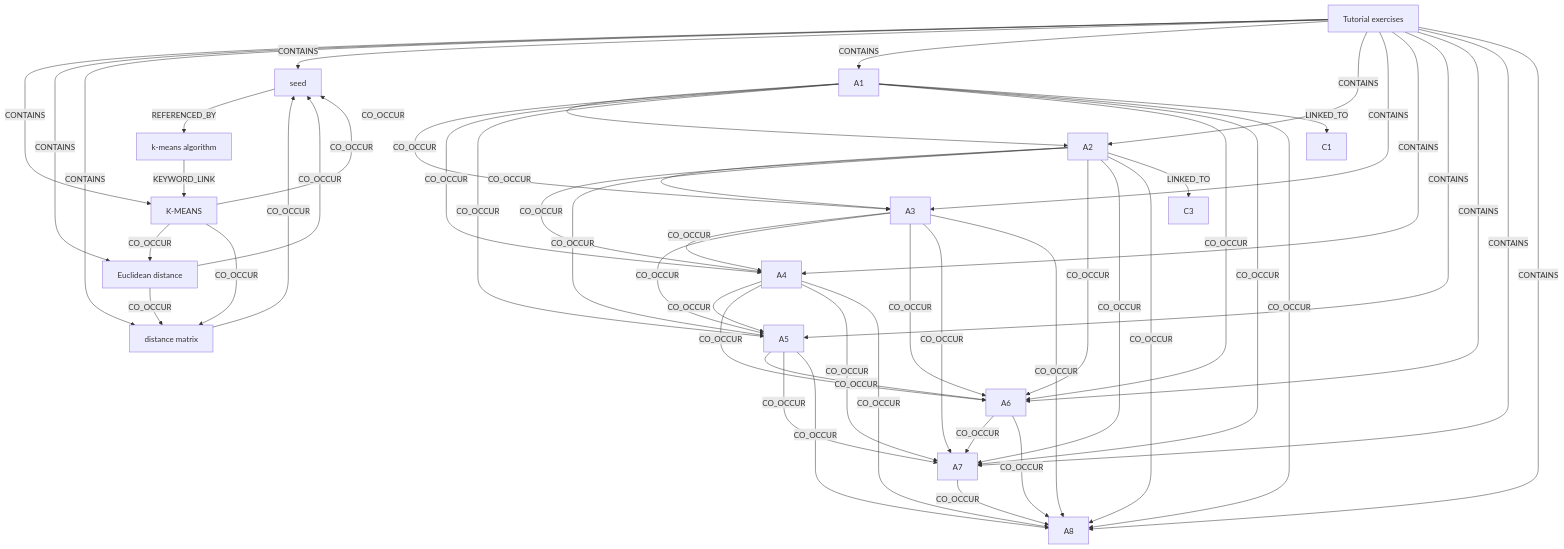
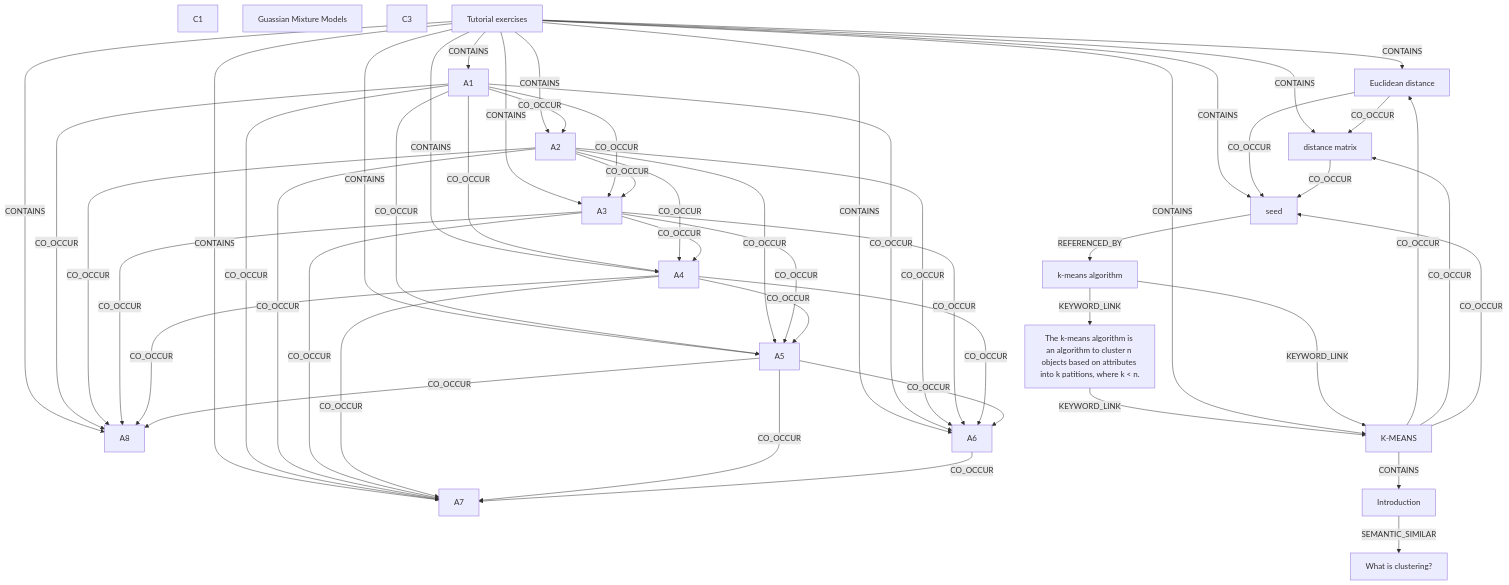
Before and after one commit to ankit-sengupta05/cyborg: the diagram in AI_OS/Ontology/Ontology_Clustering.md, drawn with Mermaid. The commit also changed other lines of this file and 12 other files, not shown here.

````diff
--- a/AI_OS/Ontology/Ontology_Clustering.md
+++ b/AI_OS/Ontology/Ontology_Clustering.md
@@ -26,69 +26,73 @@
 ```mermaid
 graph TD
-    n0["A5"]
-    n1["C3"]
-    n2["C1"]
-    n3["A3"]
+    n0["C1"]
+    n1["What is clustering?"]
+    n2["Euclidean distance"]
+    n3["A8"]
     n4["A7"]
-    n5["seed"]
-    n6["A4"]
-    n7["A8"]
-    n8["K-MEANS"]
-    n9["A6"]
-    n10["Euclidean distance"]
-    n11["k-means algorithm"]
-    n12["A2"]
-    n13["distance matrix"]
-    n14["Tutorial exercises"]
-    n15["A1"]
-    n14 -->|CONTAINS| n8
-    n14 -->|CONTAINS| n10
-    n14 -->|CONTAINS| n13
-    n14 -->|CONTAINS| n5
-    n8 -->|CO_OCCUR| n10
-    n8 -->|CO_OCCUR| n13
-    n8 -->|CO_OCCUR| n5
-    n10 -->|CO_OCCUR| n13
-    n10 -->|CO_OCCUR| n5
-    n13 -->|CO_OCCUR| n5
-    n11 -->|KEYWORD_LINK| n8
-    n5 -->|REFERENCED_BY| n11
-    n14 -->|CONTAINS| n15
-    n14 -->|CONTAINS| n12
-    n14 -->|CONTAINS| n3
-    n14 -->|CONTAINS| n6
-    n14 -->|CONTAINS| n0
-    n14 -->|CONTAINS| n9
-    n14 -->|CONTAINS| n4
-    n14 -->|CONTAINS| n7
-    n15 -->|CO_OCCUR| n12
-    n15 -->|CO_OCCUR| n3
-    n15 -->|CO_OCCUR| n6
-    n15 -->|CO_OCCUR| n0
-    n15 -->|CO_OCCUR| n9
-    n15 -->|CO_OCCUR| n4
-    n15 -->|CO_OCCUR| n7
-    n12 -->|CO_OCCUR| n3
-    n12 -->|CO_OCCUR| n6
-    n12 -->|CO_OCCUR| n0
-    n12 -->|CO_OCCUR| n9
-    n12 -->|CO_OCCUR| n4
-    n12 -->|CO_OCCUR| n7
-    n3 -->|CO_OCCUR| n6
-    n3 -->|CO_OCCUR| n0
-    n3 -->|CO_OCCUR| n9
-    n3 -->|CO_OCCUR| n4
-    n3 -->|CO_OCCUR| n7
-    n6 -->|CO_OCCUR| n0
+    n5["Guassian Mixture Models"]
+    n6["A1"]
+    n7["A3"]
+    n8["A6"]
+    n9["A2"]
+    n10["k-means algorithm"]
+    n11["C3"]
+    n12["Introduction"]
+    n13["K-MEANS"]
+    n14["distance matrix"]
+    n15["Tutorial exercises"]
+    n16["The k-means algorithm is an algorithm to cluster n objects based on attributes into k patitions, where k < n."]
+    n17["A4"]
+    n18["A5"]
+    n19["seed"]
+    n13 -->|CONTAINS| n12
+    n12 -->|SEMANTIC_SIMILAR| n1
+    n16 -->|KEYWORD_LINK| n13
+    n15 -->|CONTAINS| n13
+    n15 -->|CONTAINS| n2
+    n15 -->|CONTAINS| n14
+    n15 -->|CONTAINS| n19
+    n13 -->|CO_OCCUR| n2
+    n13 -->|CO_OCCUR| n14
+    n13 -->|CO_OCCUR| n19
+    n2 -->|CO_OCCUR| n14
+    n2 -->|CO_OCCUR| n19
+    n14 -->|CO_OCCUR| n19
+    n10 -->|KEYWORD_LINK| n13
+    n10 -->|KEYWORD_LINK| n16
+    n19 -->|REFERENCED_BY| n10
+    n15 -->|CONTAINS| n6
+    n15 -->|CONTAINS| n9
+    n15 -->|CONTAINS| n7
+    n15 -->|CONTAINS| n17
+    n15 -->|CONTAINS| n18
+    n15 -->|CONTAINS| n8
+    n15 -->|CONTAINS| n4
+    n15 -->|CONTAINS| n3
     n6 -->|CO_OCCUR| n9
+    n6 -->|CO_OCCUR| n7
+    n6 -->|CO_OCCUR| n17
+    n6 -->|CO_OCCUR| n18
+    n6 -->|CO_OCCUR| n8
     n6 -->|CO_OCCUR| n4
-    n6 -->|CO_OCCUR| n7
-    n0 -->|CO_OCCUR| n9
-    n0 -->|CO_OCCUR| n4
-    n0 -->|CO_OCCUR| n7
+    n6 -->|CO_OCCUR| n3
+    n9 -->|CO_OCCUR| n7
+    n9 -->|CO_OCCUR| n17
+    n9 -->|CO_OCCUR| n18
+    n9 -->|CO_OCCUR| n8
     n9 -->|CO_OCCUR| n4
-    n9 -->|CO_OCCUR| n7
-    n4 -->|CO_OCCUR| n7
-    n15 -->|LINKED_TO| n2
-    n12 -->|LINKED_TO| n1
+    n9 -->|CO_OCCUR| n3
+    n7 -->|CO_OCCUR| n17
+    n7 -->|CO_OCCUR| n18
+    n7 -->|CO_OCCUR| n8
+    n7 -->|CO_OCCUR| n4
+    n7 -->|CO_OCCUR| n3
+    n17 -->|CO_OCCUR| n18
+    n17 -->|CO_OCCUR| n8
+    n17 -->|CO_OCCUR| n4
+    n17 -->|CO_OCCUR| n3
+    n18 -->|CO_OCCUR| n8
+    n18 -->|CO_OCCUR| n4
+    n18 -->|CO_OCCUR| n3
+    n8 -->|CO_OCCUR| n4
 ```
````
